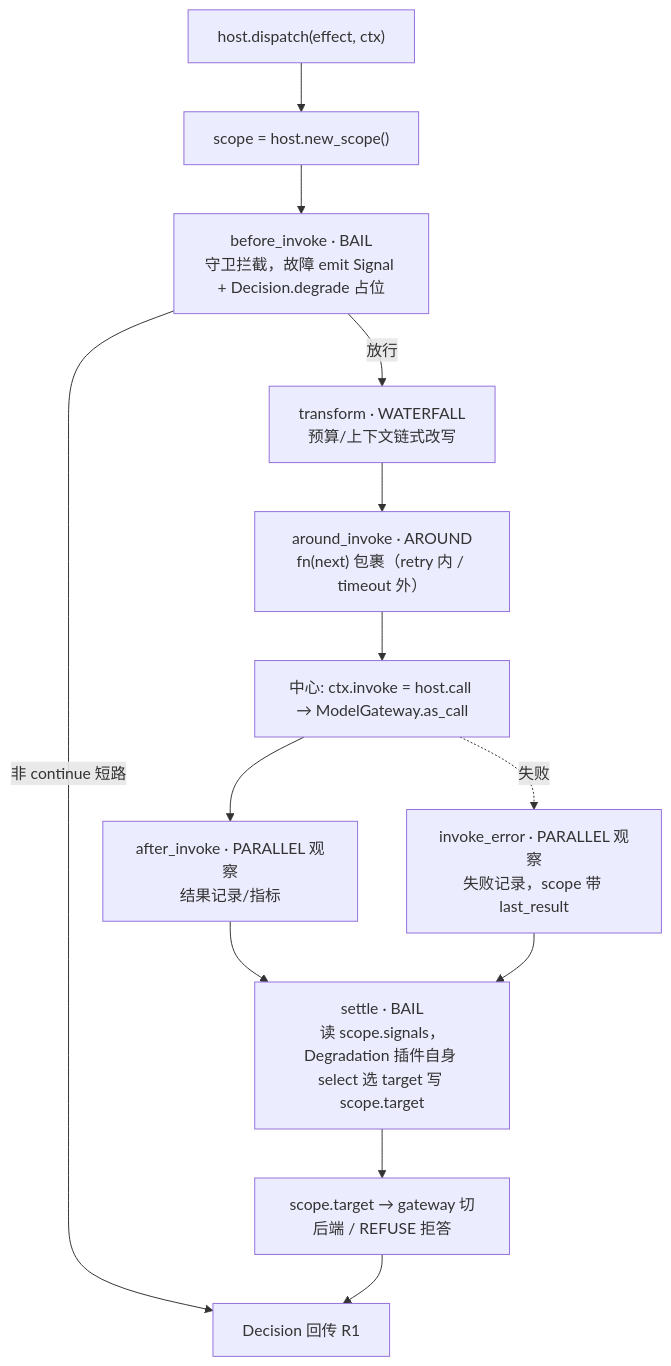
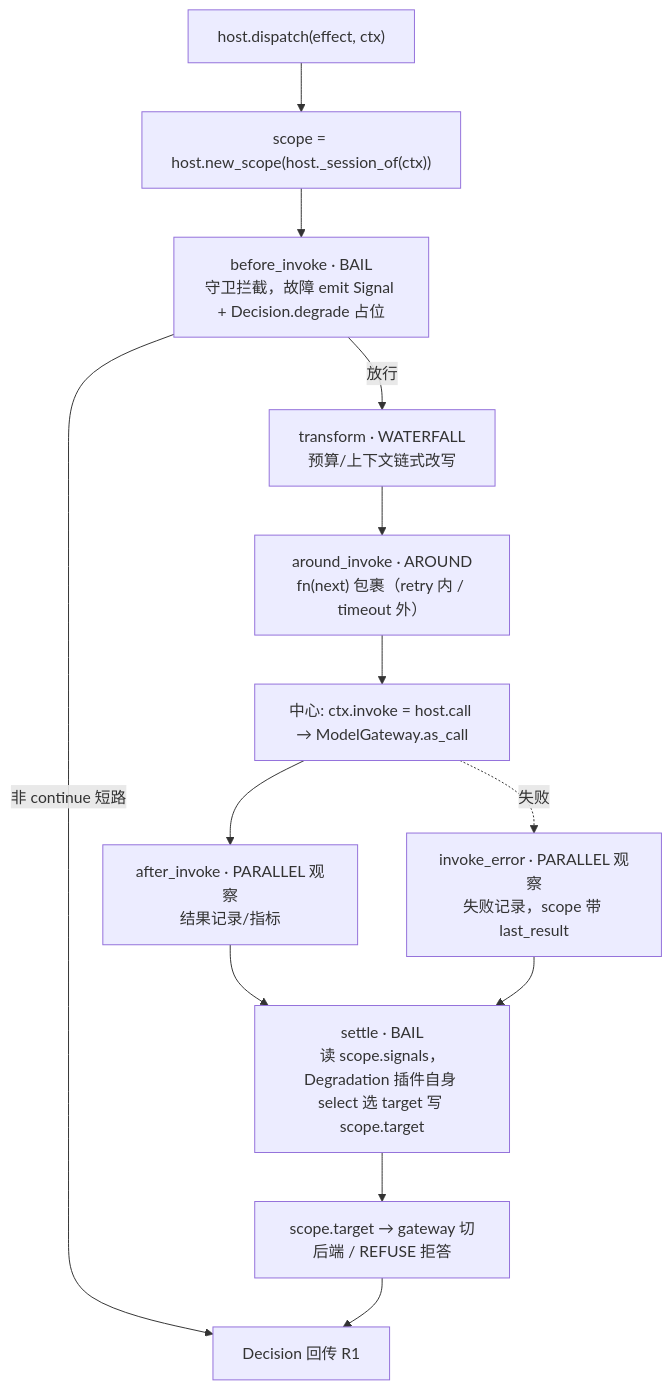
Before and after one commit to sao-lang/lll: the diagram in docs/02-模块详设/Agent/R2-插件总线与协议.md, drawn with Mermaid. The commit also changed other lines of this file and 4 other files, not shown here.

````diff
--- a/docs/02-模块详设/Agent/R2-插件总线与协议.md
+++ b/docs/02-模块详设/Agent/R2-插件总线与协议.md
@@ -53,15 +53,15 @@
 ```mermaid
 flowchart TD
-    E["host.dispatch(effect, ctx)"] --> NS["scope = host.new_scope()"]
+    E["host.dispatch(effect, ctx)"] --> NS["scope = host.new_scope(host._session_of(ctx))"]
     NS --> BI["before_invoke · BAIL<br/>守卫拦截，故障 emit Signal + Decision.degrade 占位"]
     BI -->|非 continue 短路| RET["Decision 回传 R1"]
     BI -->|放行| TR["transform · WATERFALL<br/>预算/上下文链式改写"]
     TR --> AR["around_invoke · AROUND<br/>fn(next) 包裹（retry 内 / timeout 外）"]
     AR --> CORE["中心: ctx.invoke = host.call → ModelGateway.as_call"]
     CORE --> AI["after_invoke · PARALLEL 观察<br/>结果记录/指标"]
     CORE -.失败.-> IE["invoke_error · PARALLEL 观察<br/>失败记录，scope 带 last_result"]
     AI --> ST["settle · BAIL<br/>读 scope.signals，Degradation 插件自身 select 选 target 写 scope.target"]
     IE --> ST
     ST --> T["scope.target → gateway 切后端 / REFUSE 拒答"]
     T --> RET
 ```
````
